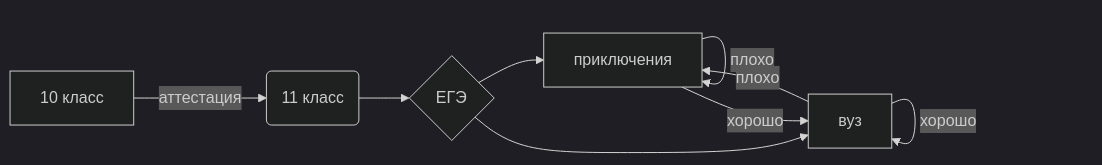
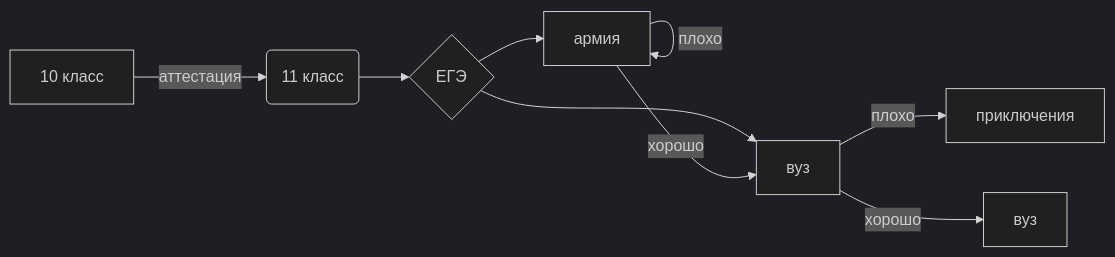
The diagram in README.md (AndreDem135/FirstRepository), drawn with Mermaid (dark theme) before and after one commit.

````diff
--- a/README.md
+++ b/README.md
@@ -52,12 +52,12 @@
 ```mermaid
 flowchart LR
 
 A[10 класс] -->|аттестация| B(11 класс)
 B --> C{ЕГЭ}
 C --> D{мальчик}
 C --> E{девочка}
 D -->|плохо| D[армия]
 D -->|хорошо| E[вуз]
-E -->|плохо| D[приключения]
-E -->|хорошо| E[вуз]
+E -->|плохо| F[приключения]
+E -->|хорошо| G[вуз]
 ```
````
